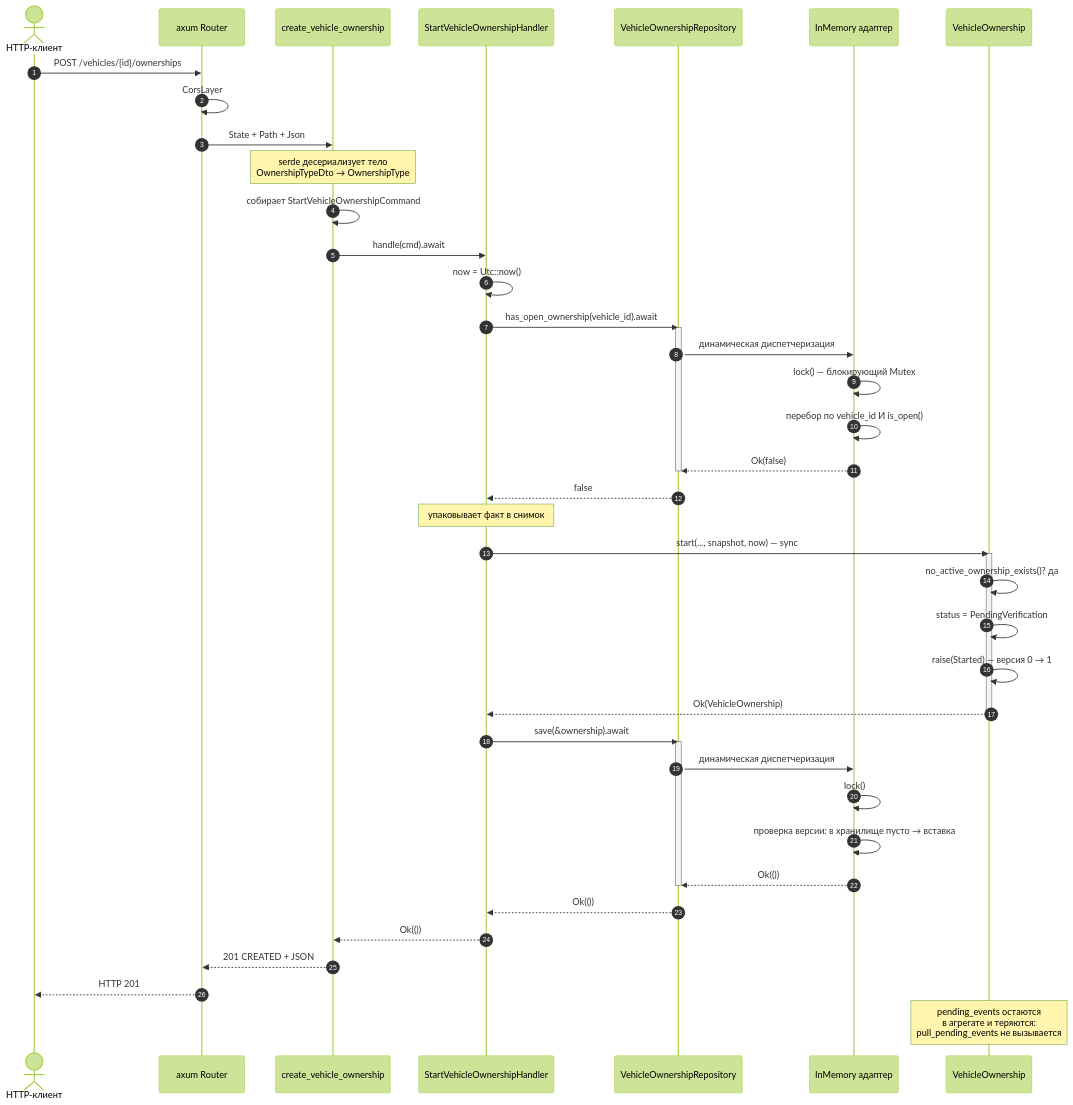
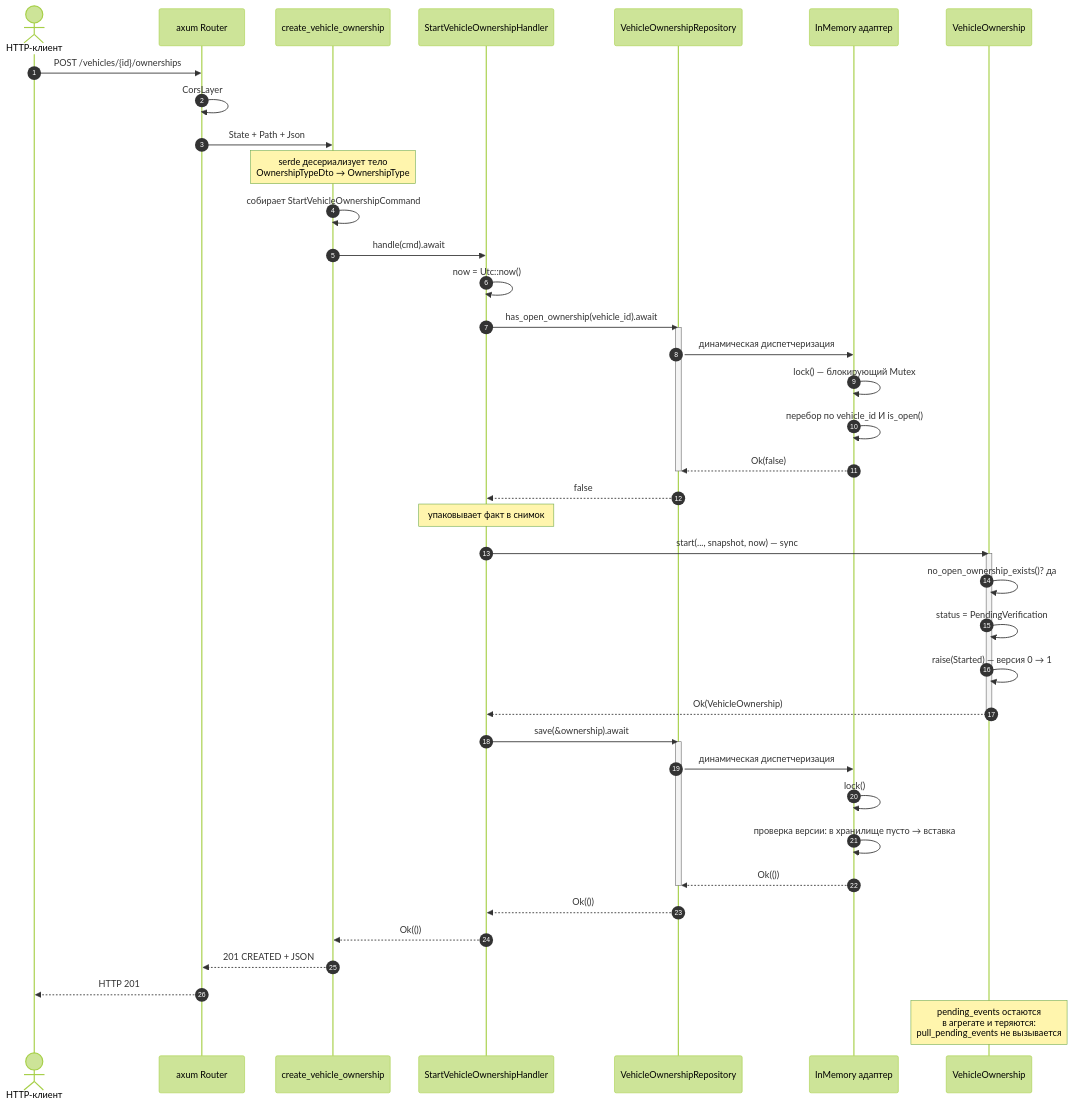
Before and after one commit to DeathRustZzZ/PitGO: the first of 3 diagrams in docs/architecture/09_request_lifecycle.md, drawn with Mermaid (forest theme). The commit also changed 12 other files, not shown here.

Commit message:
test(backend): add api error mapping tests and updated diagrams

````diff
--- a/docs/architecture/09_request_lifecycle.md
+++ b/docs/architecture/09_request_lifecycle.md
@@ -24,53 +24,53 @@
 ```mermaid
 sequenceDiagram
   autonumber
   actor Client as HTTP-клиент
   participant Axum as axum Router
   participant Route as create_vehicle_ownership
   participant H as StartVehicleOwnershipHandler
   participant Port as VehicleOwnershipRepository
   participant Adp as InMemory адаптер
   participant Agg as VehicleOwnership
 
   Client->>Axum: POST /vehicles/{id}/ownerships
   Axum->>Axum: CorsLayer
   Axum->>Route: State + Path + Json
 
   Note over Route: serde десериализует тело<br/>OwnershipTypeDto → OwnershipType
   Route->>Route: собирает StartVehicleOwnershipCommand
   Route->>H: handle(cmd).await
 
   H->>H: now = Utc::now()
   H->>Port: has_open_ownership(vehicle_id).await
   activate Port
   Port->>Adp: динамическая диспетчеризация
   Adp->>Adp: lock() — блокирующий Mutex
   Adp->>Adp: перебор по vehicle_id И is_open()
   Adp-->>Port: Ok(false)
   deactivate Port
   Port-->>H: false
 
   Note over H: упаковывает факт в снимок
   H->>Agg: start(..., snapshot, now) — sync
   activate Agg
-  Agg->>Agg: no_active_ownership_exists()? да
+  Agg->>Agg: no_open_ownership_exists()? да
   Agg->>Agg: status = PendingVerification
   Agg->>Agg: raise(Started) — версия 0 → 1
   Agg-->>H: Ok(VehicleOwnership)
   deactivate Agg
 
   H->>Port: save(&ownership).await
   activate Port
   Port->>Adp: динамическая диспетчеризация
   Adp->>Adp: lock()
   Adp->>Adp: проверка версии: в хранилище пусто → вставка
   Adp-->>Port: Ok(())
   deactivate Port
   Port-->>H: Ok(())
 
   H-->>Route: Ok(())
   Route-->>Axum: 201 CREATED + JSON
   Axum-->>Client: HTTP 201
 
   Note over Agg: pending_events остаются<br/>в агрегате и теряются:<br/>pull_pending_events не вызывается
 ```
````
